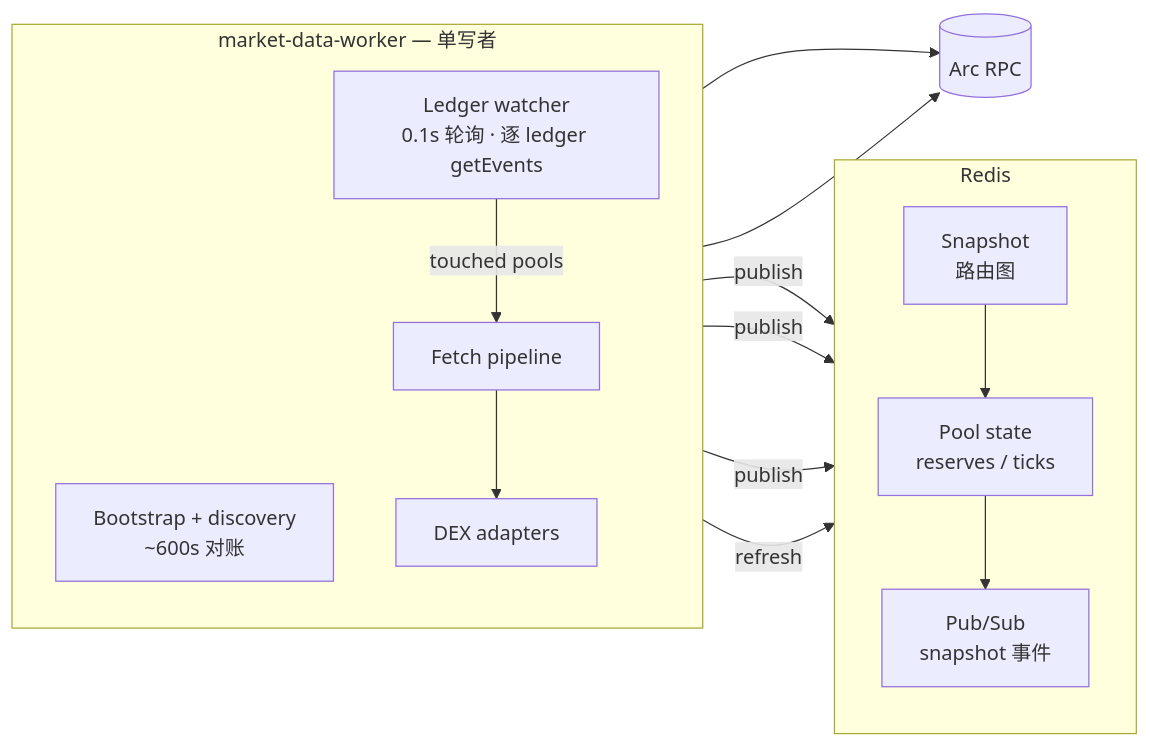
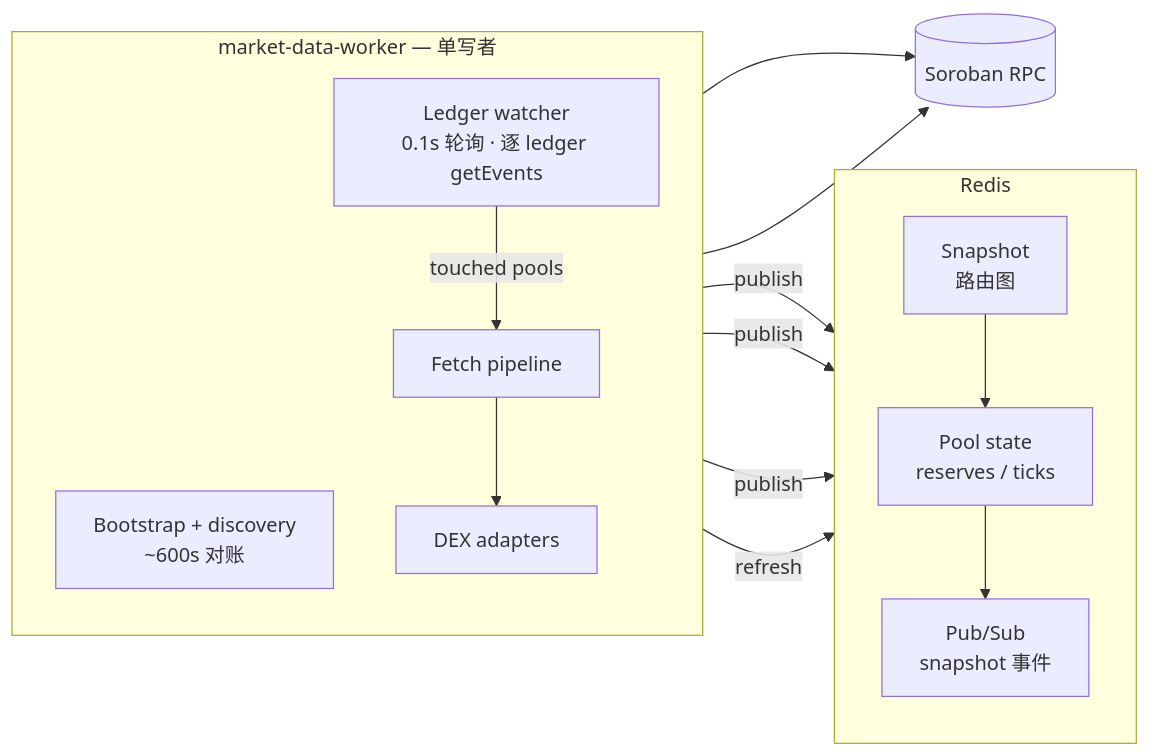
The first of 4 diagrams in README.zh-CN.md (mangekyou-labs/chakra), drawn with Mermaid before and after one commit. The commit also changed other lines of this file and 701 other files, not shown here.

````diff
--- a/README.zh-CN.md
+++ b/README.zh-CN.md
@@ -47,31 +49,31 @@
 ```mermaid
 flowchart LR
   subgraph redis [Redis]
     direction TB
     SNAP["Snapshot<br/>路由图"]
     POOL["Pool state<br/>reserves / ticks"]
     PUB["Pub/Sub<br/>snapshot 事件"]
     SNAP --> POOL --> PUB
   end
 
   subgraph worker ["market-data-worker — 单写者"]
     direction TB
     BD["Bootstrap + discovery<br/>~600s 对账"]
     LW["Ledger watcher<br/>0.1s 轮询 · 逐 ledger getEvents"]
     FP["Fetch pipeline"]
     AD["DEX adapters"]
 
     LW -->|touched pools| FP
     FP --> AD
   end
 
-  RPC[(Arc RPC)]
+  RPC[(Soroban RPC)]
 
   AD --> RPC
   LW --> RPC
 
   BD -->|publish| SNAP
   BD -->|publish| POOL
   BD -->|publish| PUB
   FP -->|refresh| POOL
 ```
````
